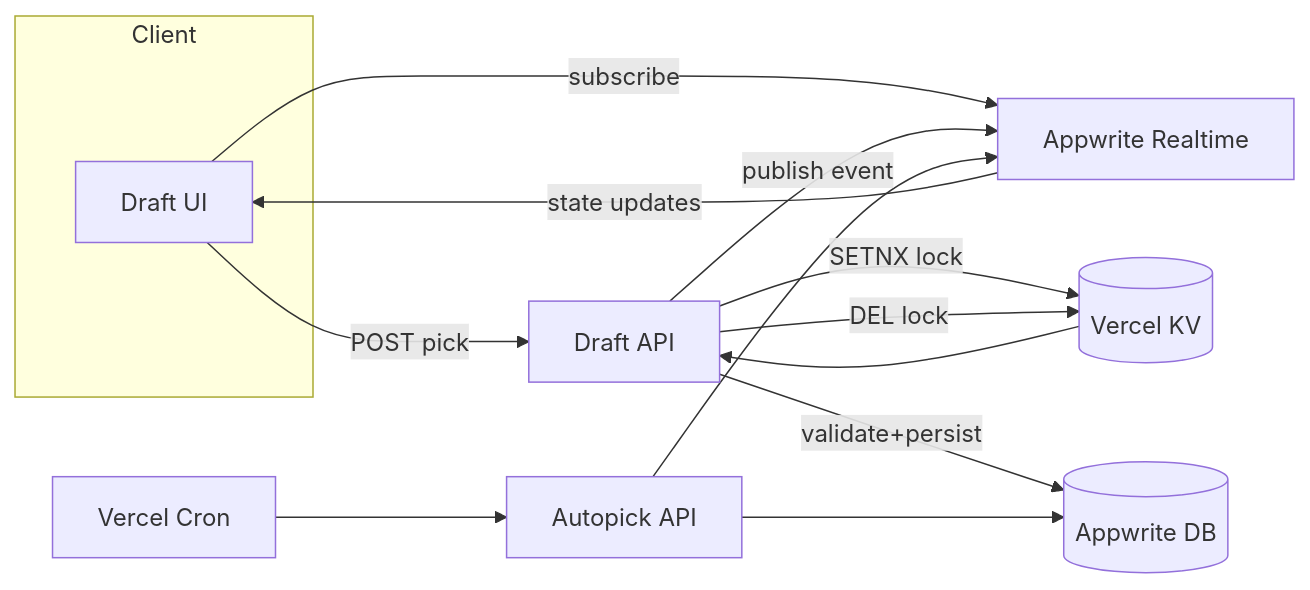
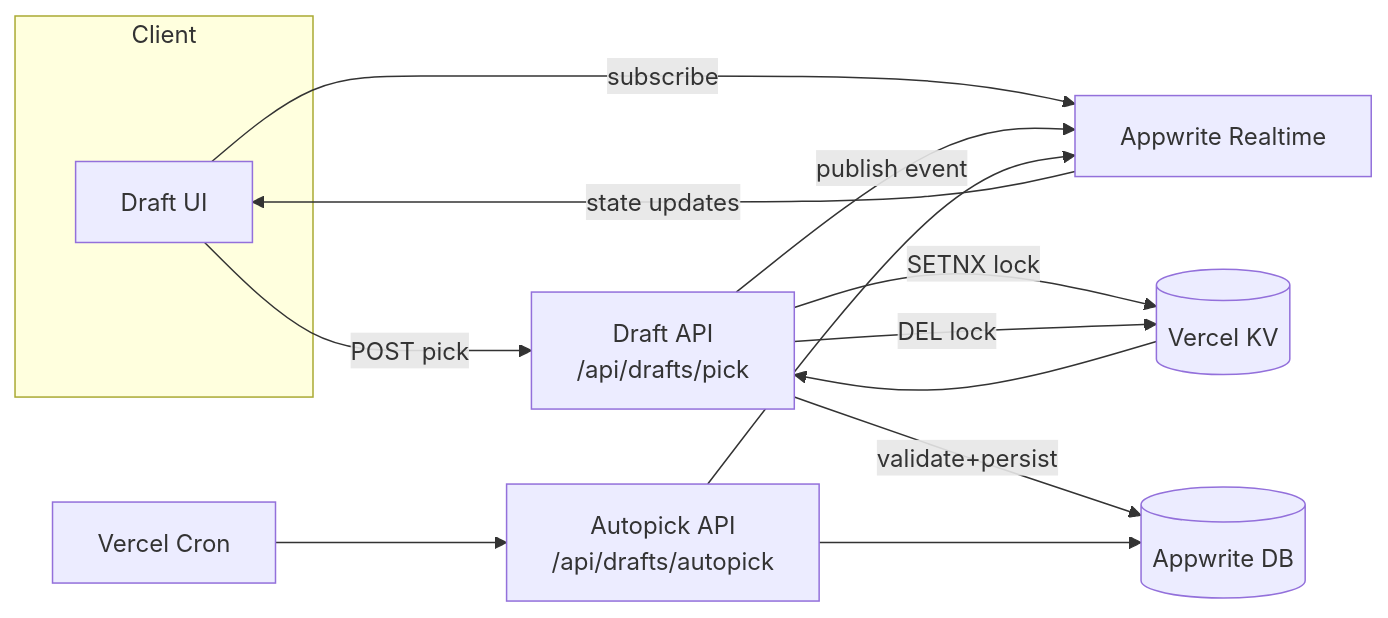
Before and after one commit to kpm34/college-football-fantasy-app: the diagram in docs/diagrams/draft-realtime.md, drawn with Mermaid. The commit also changed 1 other file, not shown here.

Commit message:
fix(diagrams): resolve Mermaid lexical errors with clean node IDs
- Replace problematic node IDs containing forward slashes with clean IDs
- Use DAPI, AAPI, SAPI as node identifiers instead of API paths
- Preserve original API endpoint info in visual labels using HTML breaks
- Fixes "Lexical error on line 7" in draft-realtime and search-filter diagrams
- Diagrams now render correctly without syntax errors

🤖 Generated with [Claude Code](https://claude.ai/code)

````diff
--- a/docs/diagrams/draft-realtime.md
+++ b/docs/diagrams/draft-realtime.md
@@ -3,22 +3,22 @@
 ```mermaid
 flowchart LR
     subgraph Client
         UI[Draft UI]
     end
 
     UI -->|subscribe| RT[Appwrite Realtime]
-    UI -->|POST pick| API["Draft API"]
+    UI -->|POST pick| DAPI[Draft API<br/>/api/drafts/pick]
 
-    API -->|SETNX lock| KV[(Vercel KV)]
-    KV --> API
+    DAPI -->|SETNX lock| KV[(Vercel KV)]
+    KV --> DAPI
 
-    API -->|validate+persist| DB[(Appwrite DB)]
-    API -->|publish event| RT
-    API -->|DEL lock| KV
+    DAPI -->|validate+persist| DB[(Appwrite DB)]
+    DAPI -->|publish event| RT
+    DAPI -->|DEL lock| KV
 
-    SCHED[Vercel Cron] --> AUTOPICK["Autopick API"]
-    AUTOPICK --> DB
-    AUTOPICK --> RT
+    SCHED[Vercel Cron] --> AAPI[Autopick API<br/>/api/drafts/autopick]
+    AAPI --> DB
+    AAPI --> RT
 
     RT -->|state updates| UI
 ```
````
